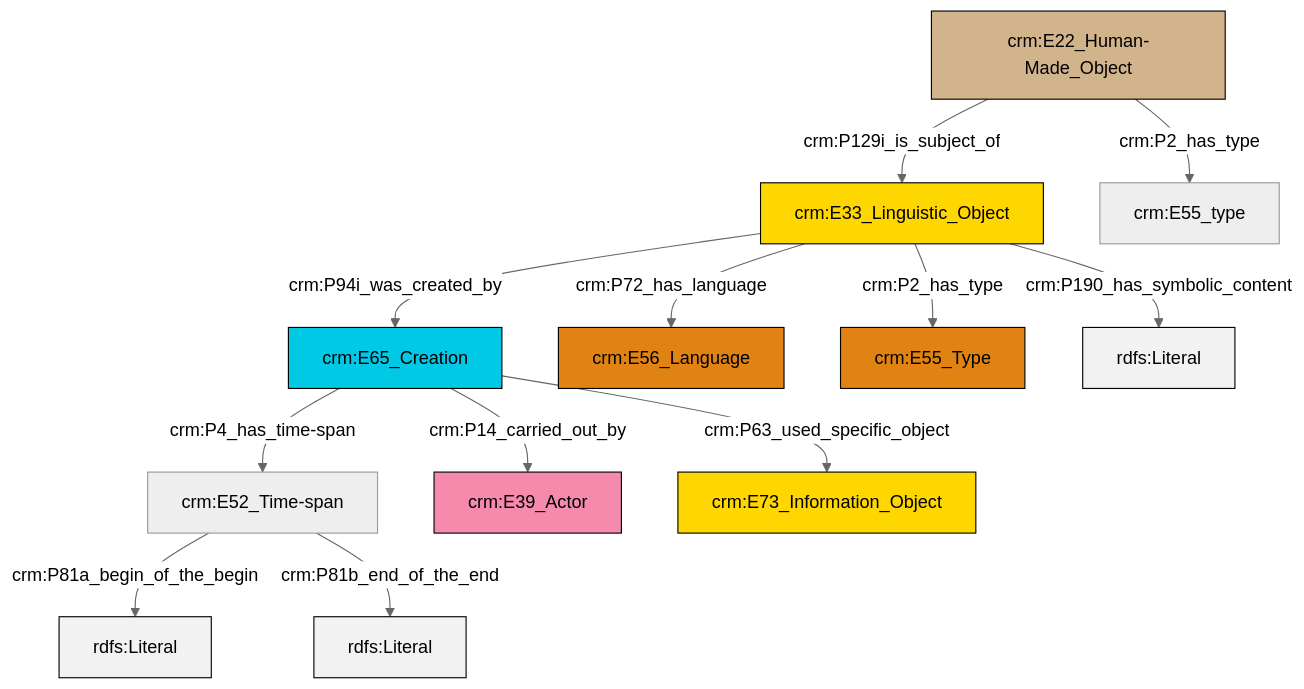
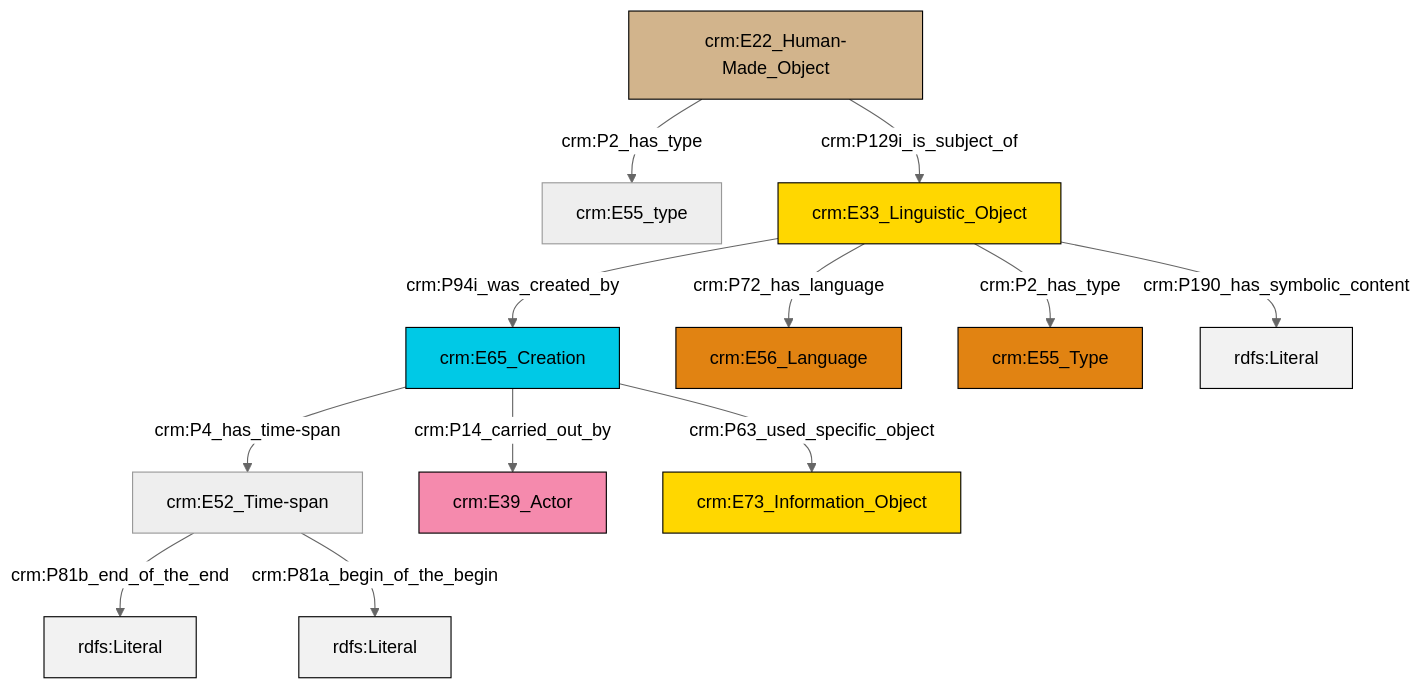
The diagram in et/artworkCSV/ttl/mmd/Artwork_Description.ttl.mmd (swiss-art-research-net/docs.swissartresearch), drawn with Mermaid (neutral theme) before and after one commit. The commit also changed 172 other files, not shown here.

```diff
--- a/et/artworkCSV/ttl/mmd/Artwork_Description.ttl.mmd
+++ b/et/artworkCSV/ttl/mmd/Artwork_Description.ttl.mmd
@@ -1,26 +1,26 @@
 graph TD
 classDef Literal fill:#f2f2f2,stroke:#000000;
 classDef CRM_Entity fill:#FFFFFF,stroke:#000000;
 classDef Temporal_Entity fill:#00C9E6, stroke:#000000;
 classDef Type fill:#E18312, stroke:#000000;
 classDef Time-Span fill:#2C9C91, stroke:#000000;
 classDef Appellation fill:#FFEB7F, stroke:#000000;
 classDef Place fill:#008836, stroke:#000000;
 classDef Persistent_Item fill:#B266B2, stroke:#000000;
 classDef Conceptual_Object fill:#FFD700, stroke:#000000;
 classDef Physical_Thing fill:#D2B48C, stroke:#000000;
 classDef Actor fill:#f58aad, stroke:#000000;
 classDef PC_Classes fill:#4ce600, stroke:#000000;
 classDef Multi fill:#cccccc,stroke:#000000;
 
-0["crm:E65_Creation"]:::Temporal_Entity -->|crm:P4_has_time-span| 2["crm:E52_Time-span"]:::Default
-11["crm:E22_Human-Made_Object"]:::Physical_Thing -->|crm:P2_has_type| 9["crm:E55_type"]:::Default
-3["crm:E33_Linguistic_Object"]:::Conceptual_Object -->|crm:P94i_was_created_by| 0["crm:E65_Creation"]:::Temporal_Entity
-0["crm:E65_Creation"]:::Temporal_Entity -->|crm:P14_carried_out_by| 7["crm:E39_Actor"]:::Actor
-0["crm:E65_Creation"]:::Temporal_Entity -->|crm:P63_used_specific_object| 12["crm:E73_Information_Object"]:::Conceptual_Object
-11["crm:E22_Human-Made_Object"]:::Physical_Thing -->|crm:P129i_is_subject_of| 3["crm:E33_Linguistic_Object"]:::Conceptual_Object
-2["crm:E52_Time-span"]:::Default -->|crm:P81a_begin_of_the_begin| 17[rdfs:Literal]:::Literal
-2["crm:E52_Time-span"]:::Default -->|crm:P81b_end_of_the_end| 19[rdfs:Literal]:::Literal
-3["crm:E33_Linguistic_Object"]:::Conceptual_Object -->|crm:P72_has_language| 5["crm:E56_Language"]:::Type
-3["crm:E33_Linguistic_Object"]:::Conceptual_Object -->|crm:P2_has_type| 15["crm:E55_Type"]:::Type
-3["crm:E33_Linguistic_Object"]:::Conceptual_Object -->|crm:P190_has_symbolic_content| 20[rdfs:Literal]:::Literal
+4["crm:E22_Human-Made_Object"]:::Physical_Thing -->|crm:P2_has_type| 5["crm:E55_type"]:::Default
+2["crm:E65_Creation"]:::Temporal_Entity -->|crm:P4_has_time-span| 0["crm:E52_Time-span"]:::Default
+6["crm:E33_Linguistic_Object"]:::Conceptual_Object -->|crm:P72_has_language| 7["crm:E56_Language"]:::Type
+6["crm:E33_Linguistic_Object"]:::Conceptual_Object -->|crm:P94i_was_created_by| 2["crm:E65_Creation"]:::Temporal_Entity
+0["crm:E52_Time-span"]:::Default -->|crm:P81b_end_of_the_end| 13[rdfs:Literal]:::Literal
+2["crm:E65_Creation"]:::Temporal_Entity -->|crm:P14_carried_out_by| 11["crm:E39_Actor"]:::Actor
+6["crm:E33_Linguistic_Object"]:::Conceptual_Object -->|crm:P2_has_type| 9["crm:E55_Type"]:::Type
+6["crm:E33_Linguistic_Object"]:::Conceptual_Object -->|crm:P190_has_symbolic_content| 16[rdfs:Literal]:::Literal
+0["crm:E52_Time-span"]:::Default -->|crm:P81a_begin_of_the_begin| 17[rdfs:Literal]:::Literal
+2["crm:E65_Creation"]:::Temporal_Entity -->|crm:P63_used_specific_object| 19["crm:E73_Information_Object"]:::Conceptual_Object
+4["crm:E22_Human-Made_Object"]:::Physical_Thing -->|crm:P129i_is_subject_of| 6["crm:E33_Linguistic_Object"]:::Conceptual_Object
```
